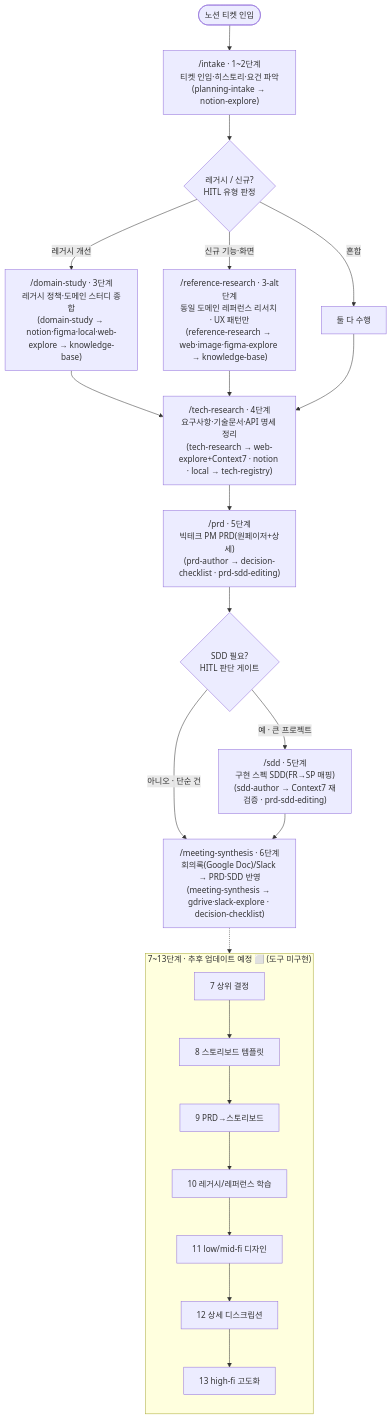
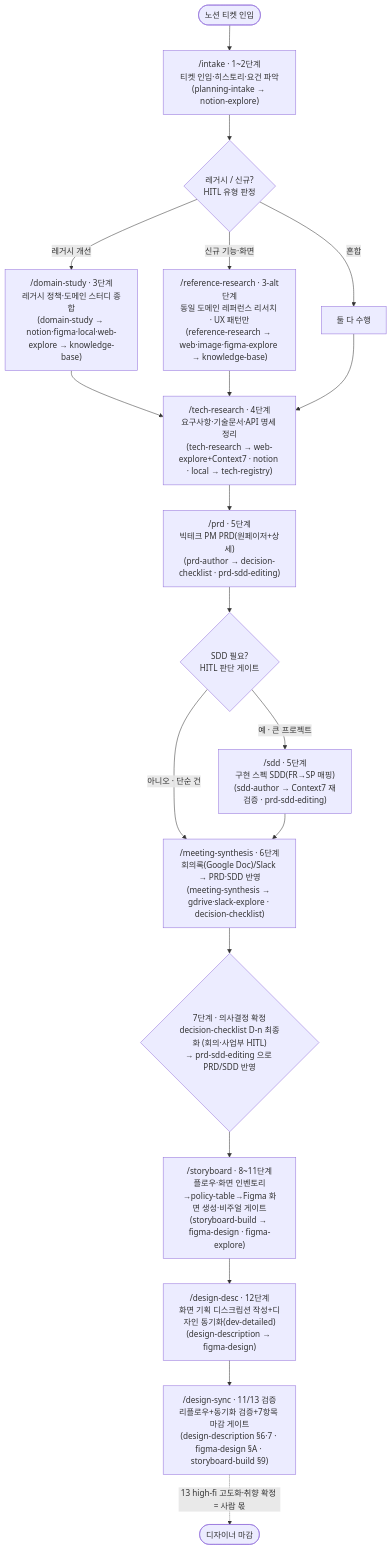
Before and after one commit to reuskimsugnmin/myJob-planning-automation: the diagram in plugins/product-planning/README.md, drawn with Mermaid. The commit also changed other lines of this file, not shown here.

Commit message:
docs(product-planning): README 7~13 디자인 단계 '미구현' 표기 제거 → 구현된 플로우 반영
PR #7(동료 디자인 단계 하드닝 v0.9.9~v0.9.14) 머지 후, 플러그인 README만
디자인 단계 구현 상태를 미반영하고 있어 정정:
- 워크플로우 mermaid: 7~13단계 '추후 업데이트 예정(미구현)' 점선 박스 제거
  → 7 의사결정 확정 → /storyboard·/design-desc·/design-sync 실제 플로우로 교체
- 커맨드표·스킬목록·산출물구조에 storyboard-build·design-description·figma-design
  및 design/ 산출물 추가

(원래 이 커밋의 sources storyboard_target·decision-checklist 단일원장화 변경은
PR #7이 더 정확/최신 모델로 이미 반영 — 리베이스에서 원격 정본 채택해 드롭)

````diff
--- a/plugins/product-planning/README.md
+++ b/plugins/product-planning/README.md
@@ -9,36 +9,29 @@
 ```mermaid
 flowchart TD
     Start([노션 티켓 인입]) --> Intake["/intake · 1~2단계<br/>티켓 인입·히스토리·요건 파악<br/>(planning-intake → notion-explore)"]
     Intake --> Type{"레거시 / 신규?<br/>HITL 유형 판정"}
 
     Type -->|레거시 개선| Domain["/domain-study · 3단계<br/>레거시 정책·도메인 스터디 종합<br/>(domain-study → notion·figma·local·web-explore → knowledge-base)"]
     Type -->|신규 기능·화면| Ref["/reference-research · 3-alt단계<br/>동일 도메인 레퍼런스 리서치 · UX 패턴만<br/>(reference-research → web·image·figma-explore → knowledge-base)"]
     Type -->|혼합| Both["둘 다 수행"]
 
     Domain --> Tech
     Ref --> Tech
     Both --> Tech
 
     Tech["/tech-research · 4단계<br/>요구사항·기술문서·API 명세 정리<br/>(tech-research → web-explore+Context7 · notion · local → tech-registry)"]
     Tech --> PRD["/prd · 5단계<br/>빅테크 PM PRD(원페이저+상세)<br/>(prd-author → decision-checklist · prd-sdd-editing)"]
 
     PRD --> Gate{"SDD 필요?<br/>HITL 판단 게이트"}
     Gate -->|예 · 큰 프로젝트| SDD["/sdd · 5단계<br/>구현 스펙 SDD(FR→SP 매핑)<br/>(sdd-author → Context7 재검증 · prd-sdd-editing)"]
     Gate -->|아니오 · 단순 건| Meeting
     SDD --> Meeting
 
     Meeting["/meeting-synthesis · 6단계<br/>회의록(Google Doc)/Slack → PRD·SDD 반영<br/>(meeting-synthesis → gdrive·slack-explore · decision-checklist)"]
 
-    Meeting -.-> Future
-    subgraph Future ["7~13단계 · 추후 업데이트 예정 ⬜ (도구 미구현)"]
-        direction TB
-        S7["7 상위 결정"]
-        S8["8 스토리보드 템플릿"]
-        S9["9 PRD→스토리보드"]
-        S10["10 레거시/레퍼런스 학습"]
-        S11["11 low/mid-fi 디자인"]
-        S12["12 상세 디스크립션"]
-        S13["13 high-fi 고도화"]
-        S7 --> S8 --> S9 --> S10 --> S11 --> S12 --> S13
-    end
+    Meeting --> Decide{"7단계 · 의사결정 확정<br/>decision-checklist D-n 최종화 (회의·사업부 HITL)<br/>→ prd-sdd-editing 으로 PRD/SDD 반영"}
+    Decide --> Story["/storyboard · 8~11단계<br/>플로우·화면 인벤토리→policy-table→Figma 화면 생성·비주얼 게이트<br/>(storyboard-build → figma-design · figma-explore)"]
+    Story --> Desc["/design-desc · 12단계<br/>화면 기획 디스크립션 작성+디자인 동기화(dev-detailed)<br/>(design-description → figma-design)"]
+    Desc --> Sync["/design-sync · 11/13 검증<br/>리플로우+동기화 검증+7항목 마감 게이트<br/>(design-description §6·7 · figma-design §A · storyboard-build §9)"]
+    Sync -.->|13 high-fi 고도화·취향 확정 = 사람 몫| Done([디자이너 마감])
 ```
````
